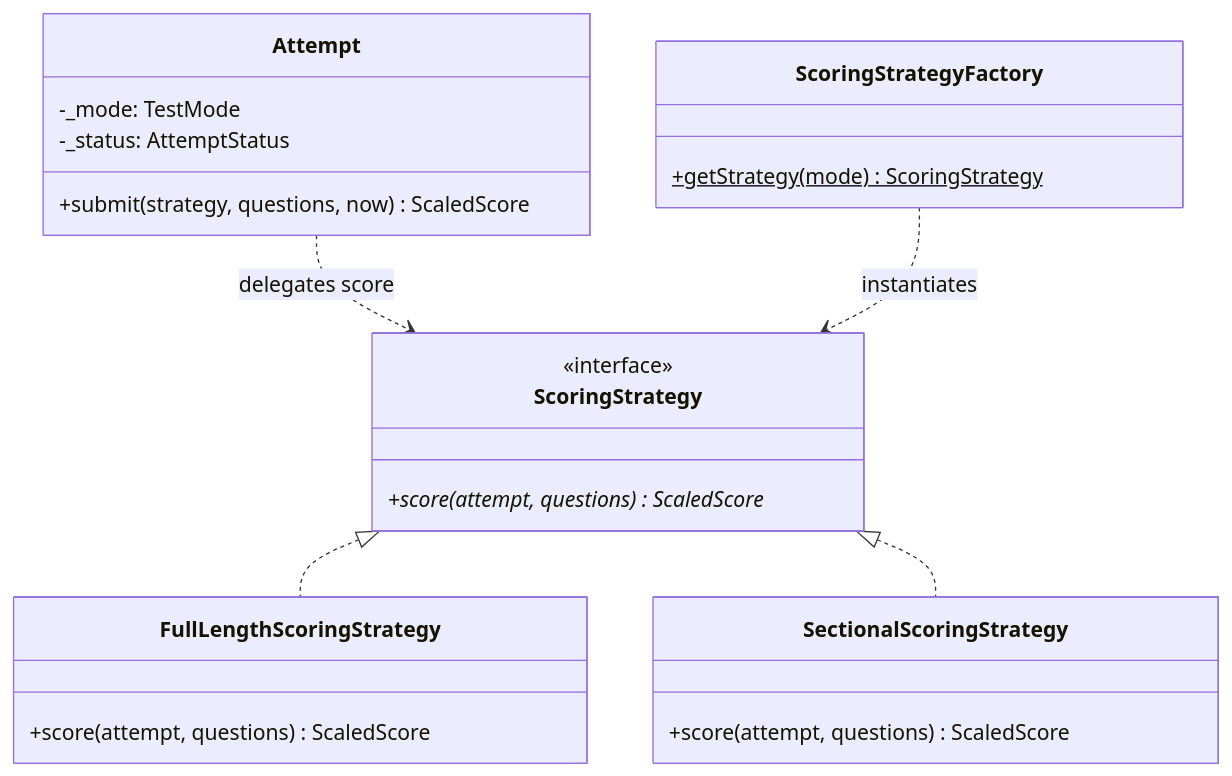
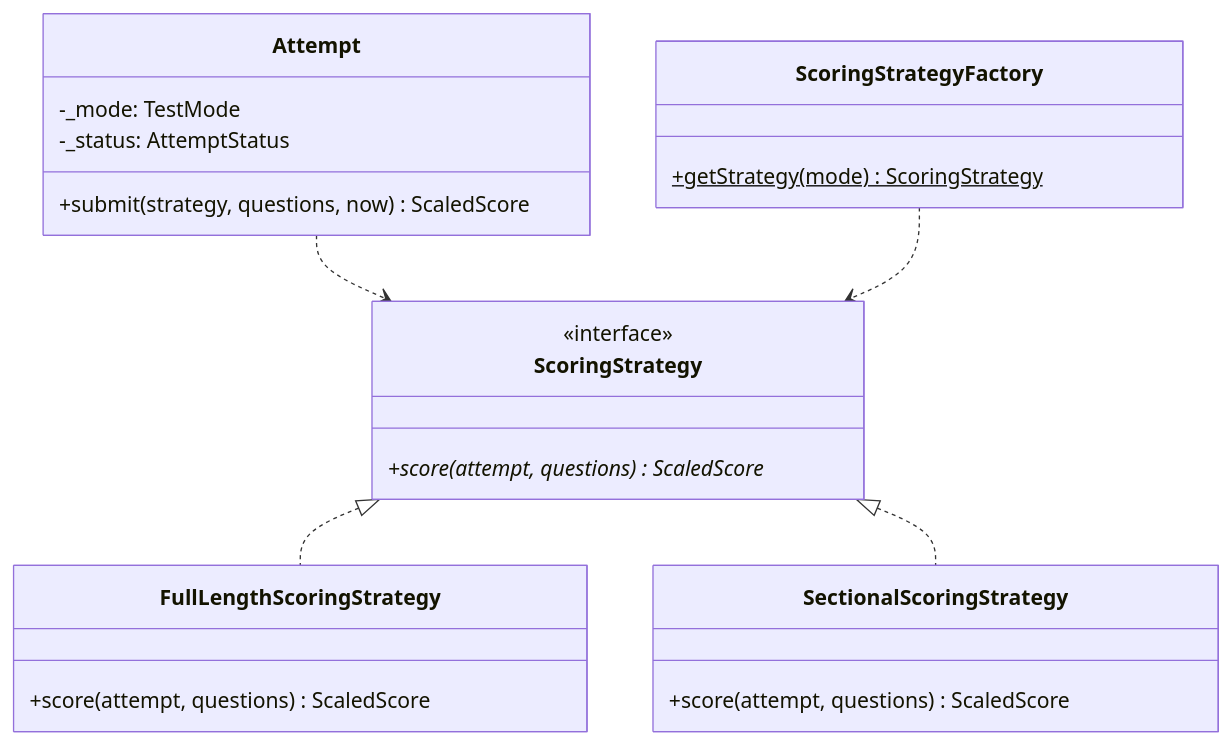
The diagram in docs/uml/02-scoring-strategy.mmd (202417221-LeDinhVinh/ronansat-oop-demo), drawn with Mermaid before and after one commit. The commit also changed 122 other files, not shown here.

Commit message:
feat(v3): UML and slides for observer/exceptions, mobile vocab fix, README v3, cleanup

```diff
--- a/docs/uml/02-scoring-strategy.mmd
+++ b/docs/uml/02-scoring-strategy.mmd
@@ -1,30 +1,30 @@
 classDiagram
     direction TB
 
     class Attempt {
         -_mode: TestMode
         -_status: AttemptStatus
         +submit(strategy, questions, now) ScaledScore
     }
 
     class ScoringStrategyFactory {
         +getStrategy(mode)$ ScoringStrategy
     }
 
     class ScoringStrategy {
         <<interface>>
         +score(attempt, questions)* ScaledScore
     }
 
     class FullLengthScoringStrategy {
         +score(attempt, questions) ScaledScore
     }
 
     class SectionalScoringStrategy {
         +score(attempt, questions) ScaledScore
     }
 
-    Attempt ..> ScoringStrategy : delegates score
-    ScoringStrategyFactory ..> ScoringStrategy : instantiates
+    Attempt ..> ScoringStrategy
+    ScoringStrategyFactory ..> ScoringStrategy
     ScoringStrategy <|.. FullLengthScoringStrategy
     ScoringStrategy <|.. SectionalScoringStrategy
```
